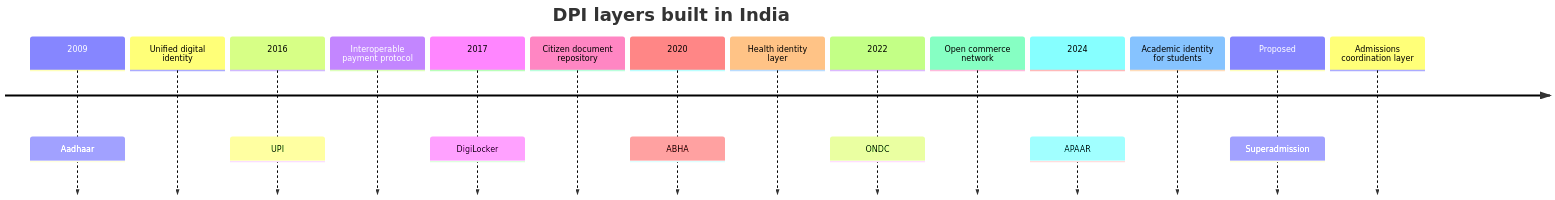
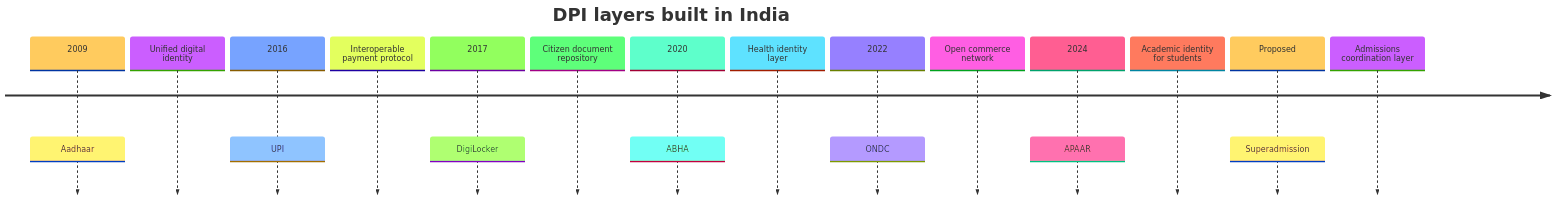
Before and after one commit to aashrutsharma2/docs: the second of 3 diagrams in Stakeholders/Policy-and-Government.mdx, drawn with Mermaid. The commit also changed other lines of this file and 3 other files, not shown here.

````diff
--- a/Stakeholders/Policy-and-Government.mdx
+++ b/Stakeholders/Policy-and-Government.mdx
@@ -35,18 +36,19 @@
 ```mermaid actions={true}
+%%{init: { "theme": "base", "themeVariables": { "timeline": { "lineColor": "#4f46e5", "taskColor": "#e0e7ff", "taskTextColor": "#1e1b4b", "sectionColor": "#4f46e5", "sectionTextColor": "#ffffff" }}}}%%
 timeline
     title DPI layers built in India
     2009  : Aadhaar
             Unified digital identity
     2016  : UPI
             Interoperable payment protocol
     2017  : DigiLocker
             Citizen document repository
     2020  : ABHA
             Health identity layer
     2022  : ONDC
             Open commerce network
     2024  : APAAR
             Academic identity for students
     Proposed : Superadmission
                Admissions coordination layer
 ```
````
